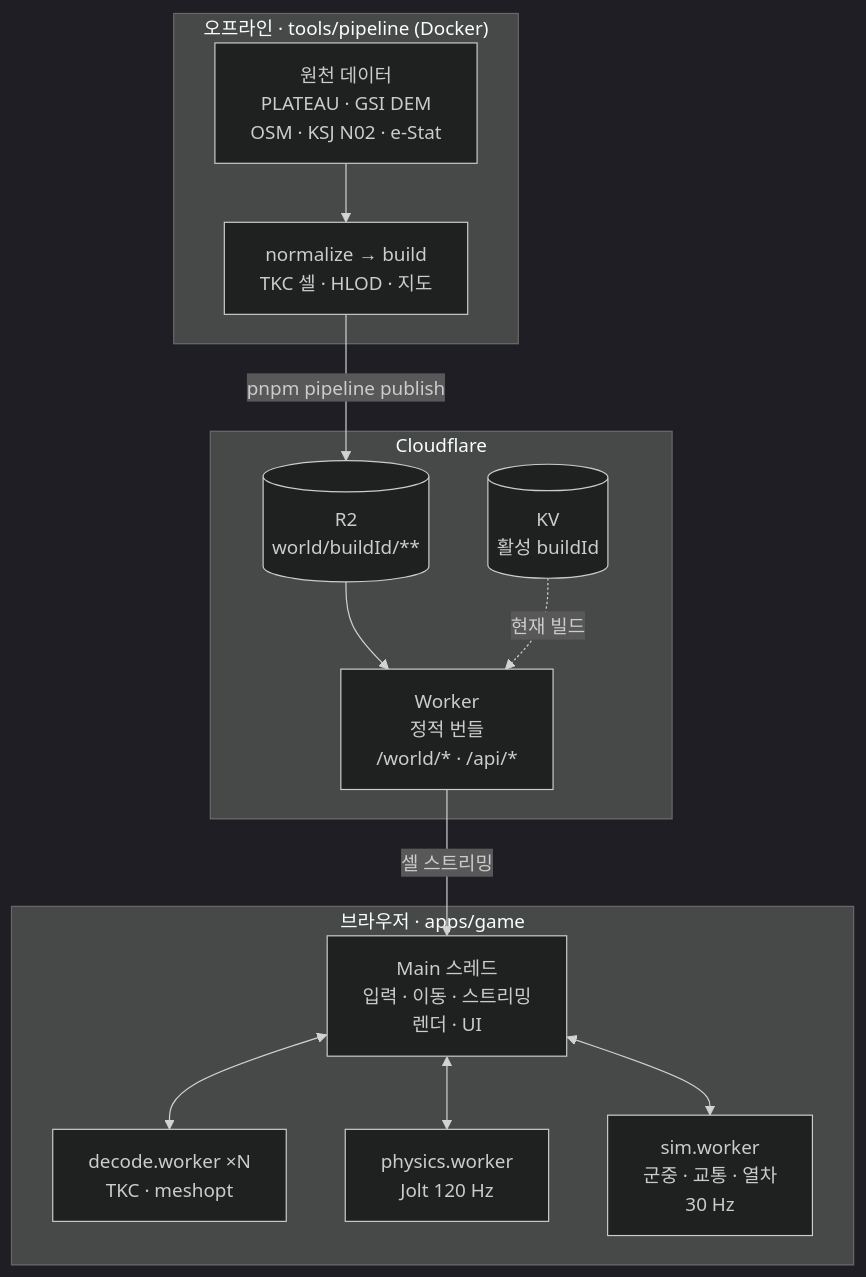
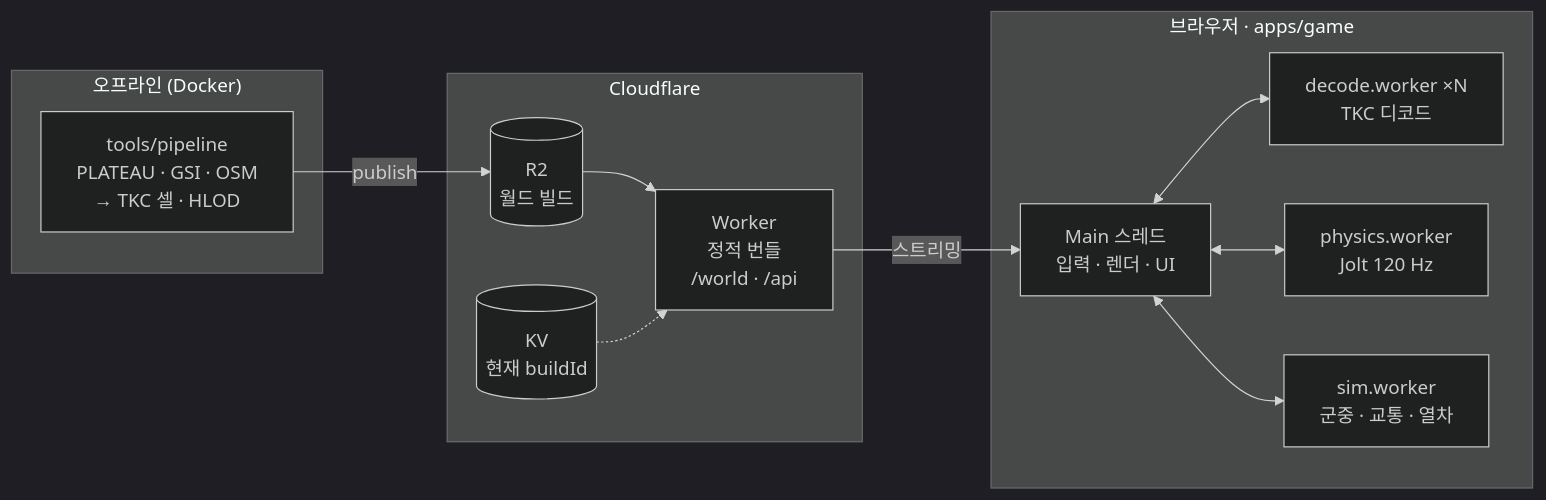
The diagram in README.md (kolom1234/tokyoOpenWorld), drawn with Mermaid (dark theme) before and after one commit.

Commit message:
docs(readme): compact left-to-right architecture diagram

````diff
--- a/README.md
+++ b/README.md
@@ -121,26 +121,24 @@
 ```mermaid
-flowchart TB
-  subgraph OFF["오프라인 · tools/pipeline (Docker)"]
-    SRC["원천 데이터<br/>PLATEAU · GSI DEM<br/>OSM · KSJ N02 · e-Stat"]
-    PIPE["normalize → build<br/>TKC 셀 · HLOD · 지도"]
+flowchart LR
+  subgraph OFF["오프라인 (Docker)"]
+    PIPE["tools/pipeline<br/>PLATEAU · GSI · OSM<br/>→ TKC 셀 · HLOD"]
   end
   subgraph CF["Cloudflare"]
-    R2[("R2<br/>world/buildId/**")]
-    W["Worker<br/>정적 번들<br/>/world/* · /api/*"]
-    KV[("KV<br/>활성 buildId")]
+    R2[("R2<br/>월드 빌드")]
+    KV[("KV<br/>현재 buildId")]
+    W["Worker<br/>정적 번들<br/>/world · /api"]
   end
   subgraph BR["브라우저 · apps/game"]
-    MAIN["Main 스레드<br/>입력 · 이동 · 스트리밍<br/>렌더 · UI"]
-    DEC["decode.worker ×N<br/>TKC · meshopt"]
+    MAIN["Main 스레드<br/>입력 · 렌더 · UI"]
+    DEC["decode.worker ×N<br/>TKC 디코드"]
     PHY["physics.worker<br/>Jolt 120 Hz"]
-    SIM["sim.worker<br/>군중 · 교통 · 열차<br/>30 Hz"]
+    SIM["sim.worker<br/>군중 · 교통 · 열차"]
   end
-  SRC --> PIPE
-  PIPE -- "pnpm pipeline publish" --> R2
+  PIPE -- publish --> R2
   R2 --> W
-  KV -. "현재 빌드" .-> W
-  W -- "셀 스트리밍" --> MAIN
+  KV -.-> W
+  W -- 스트리밍 --> MAIN
   MAIN <--> DEC
   MAIN <--> PHY
   MAIN <--> SIM
 ```
````
